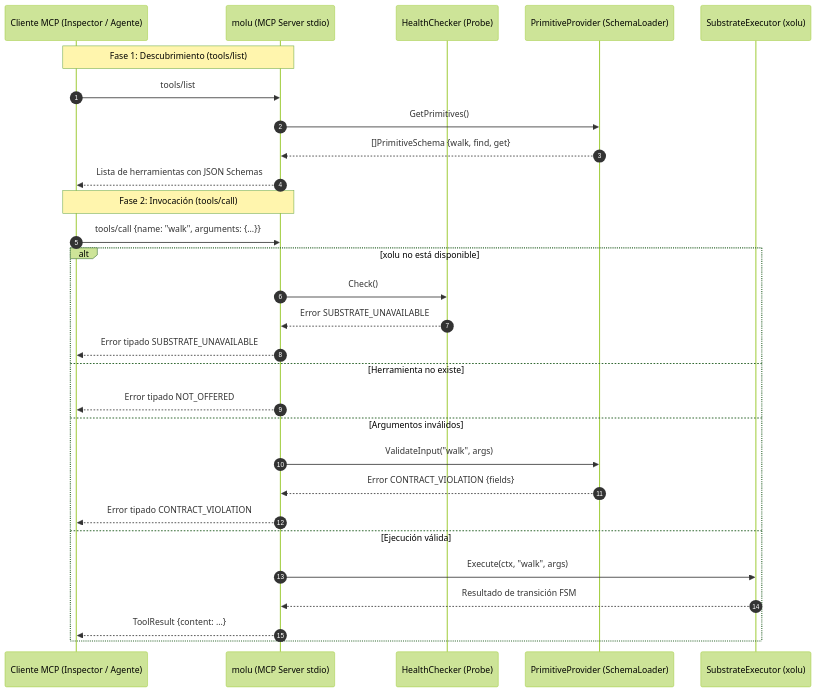
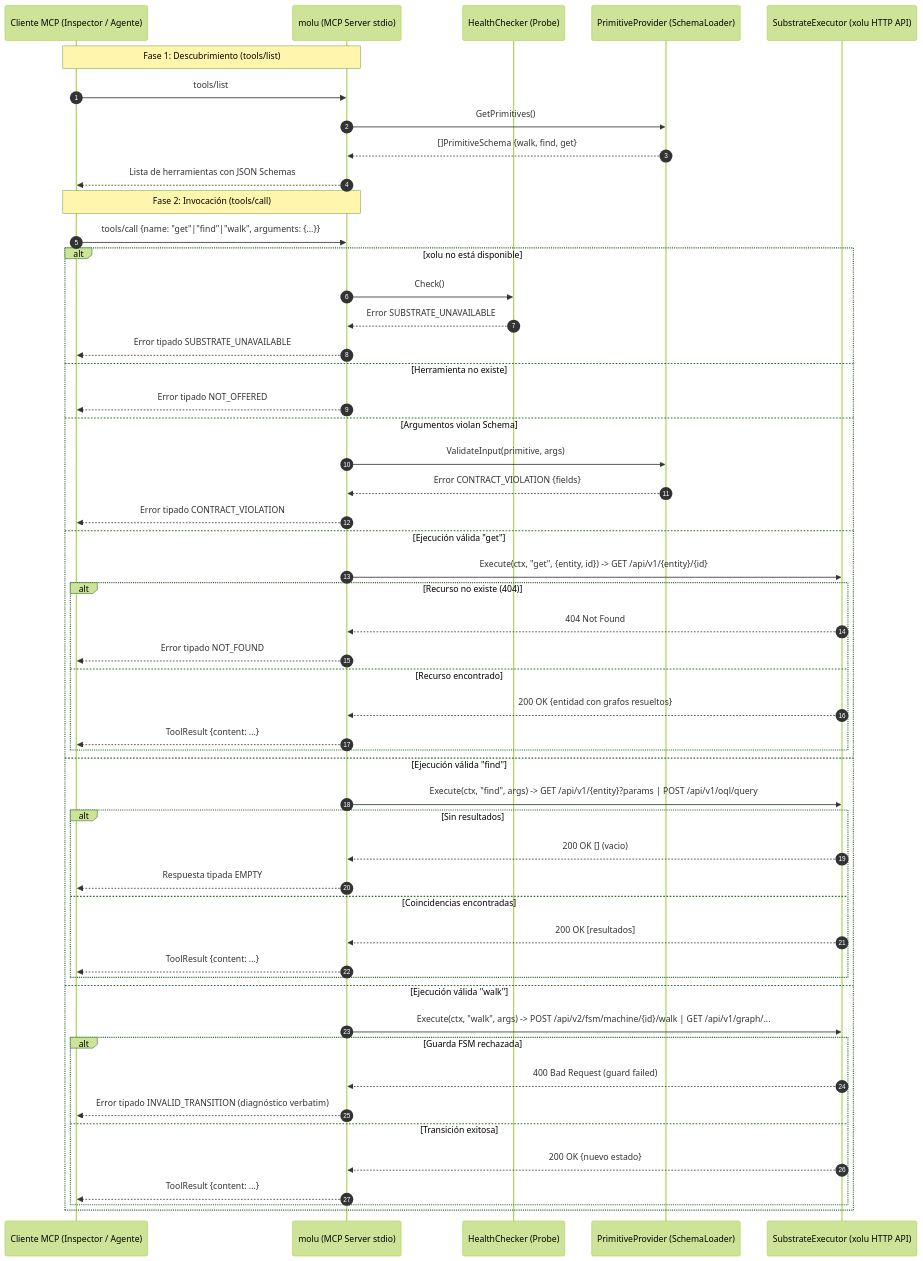
The diagram in specs/006-mcp-server-stdio/plan.md (Gastonaso15/molu), drawn with Mermaid (forest theme) before and after one commit. The commit also changed other lines of this file and 9 other files, not shown here.

Commit message:
refactor: update MCP server specifications, telemetry logger, and client implementations

````diff
--- a/specs/006-mcp-server-stdio/plan.md
+++ b/specs/006-mcp-server-stdio/plan.md
@@ -46,34 +57,57 @@
 ```mermaid
 sequenceDiagram
     autonumber
     participant Client as Cliente MCP (Inspector / Agente)
     participant Server as molu (MCP Server stdio)
     participant Health as HealthChecker (Probe)
     participant Loader as PrimitiveProvider (SchemaLoader)
-    participant Xolu as SubstrateExecutor (xolu)
+    participant Xolu as SubstrateExecutor (xolu HTTP API)
 
     Note over Client,Server: Fase 1: Descubrimiento (tools/list)
     Client->>Server: tools/list
     Server->>Loader: GetPrimitives()
     Loader-->>Server: []PrimitiveSchema {walk, find, get}
     Server-->>Client: Lista de herramientas con JSON Schemas
 
     Note over Client,Server: Fase 2: Invocación (tools/call)
-    Client->>Server: tools/call {name: "walk", arguments: {...}}
+    Client->>Server: tools/call {name: "get"|"find"|"walk", arguments: {...}}
     
     alt xolu no está disponible
         Server->>Health: Check()
         Health-->>Server: Error SUBSTRATE_UNAVAILABLE
         Server-->>Client: Error tipado SUBSTRATE_UNAVAILABLE
     else Herramienta no existe
         Server-->>Client: Error tipado NOT_OFFERED
-    else Argumentos inválidos
-        Server->>Loader: ValidateInput("walk", args)
+    else Argumentos violan Schema
+        Server->>Loader: ValidateInput(primitive, args)
         Loader-->>Server: Error CONTRACT_VIOLATION {fields}
         Server-->>Client: Error tipado CONTRACT_VIOLATION
-    else Ejecución válida
-        Server->>Xolu: Execute(ctx, "walk", args)
-        Xolu-->>Server: Resultado de transición FSM
-        Server-->>Client: ToolResult {content: ...}
+    else Ejecución válida "get"
+        Server->>Xolu: Execute(ctx, "get", {entity, id}) -> GET /api/v1/{entity}/{id}
+        alt Recurso no existe (404)
+            Xolu-->>Server: 404 Not Found
+            Server-->>Client: Error tipado NOT_FOUND
+        else Recurso encontrado
+            Xolu-->>Server: 200 OK {entidad con grafos resueltos}
+            Server-->>Client: ToolResult {content: ...}
+        end
+    else Ejecución válida "find"
+        Server->>Xolu: Execute(ctx, "find", args) -> GET /api/v1/{entity}?params | POST /api/v1/oql/query
+        alt Sin resultados
+            Xolu-->>Server: 200 OK [] (vacio)
+            Server-->>Client: Respuesta tipada EMPTY
+        else Coincidencias encontradas
+            Xolu-->>Server: 200 OK [resultados]
+            Server-->>Client: ToolResult {content: ...}
+        end
+    else Ejecución válida "walk"
+        Server->>Xolu: Execute(ctx, "walk", args) -> POST /api/v2/fsm/machine/{id}/walk | GET /api/v1/graph/...
+        alt Guarda FSM rechazada
+            Xolu-->>Server: 400 Bad Request (guard failed)
+            Server-->>Client: Error tipado INVALID_TRANSITION (diagnóstico verbatim)
+        else Transición exitosa
+            Xolu-->>Server: 200 OK {nuevo estado}
+            Server-->>Client: ToolResult {content: ...}
+        end
     end
 ```
````
